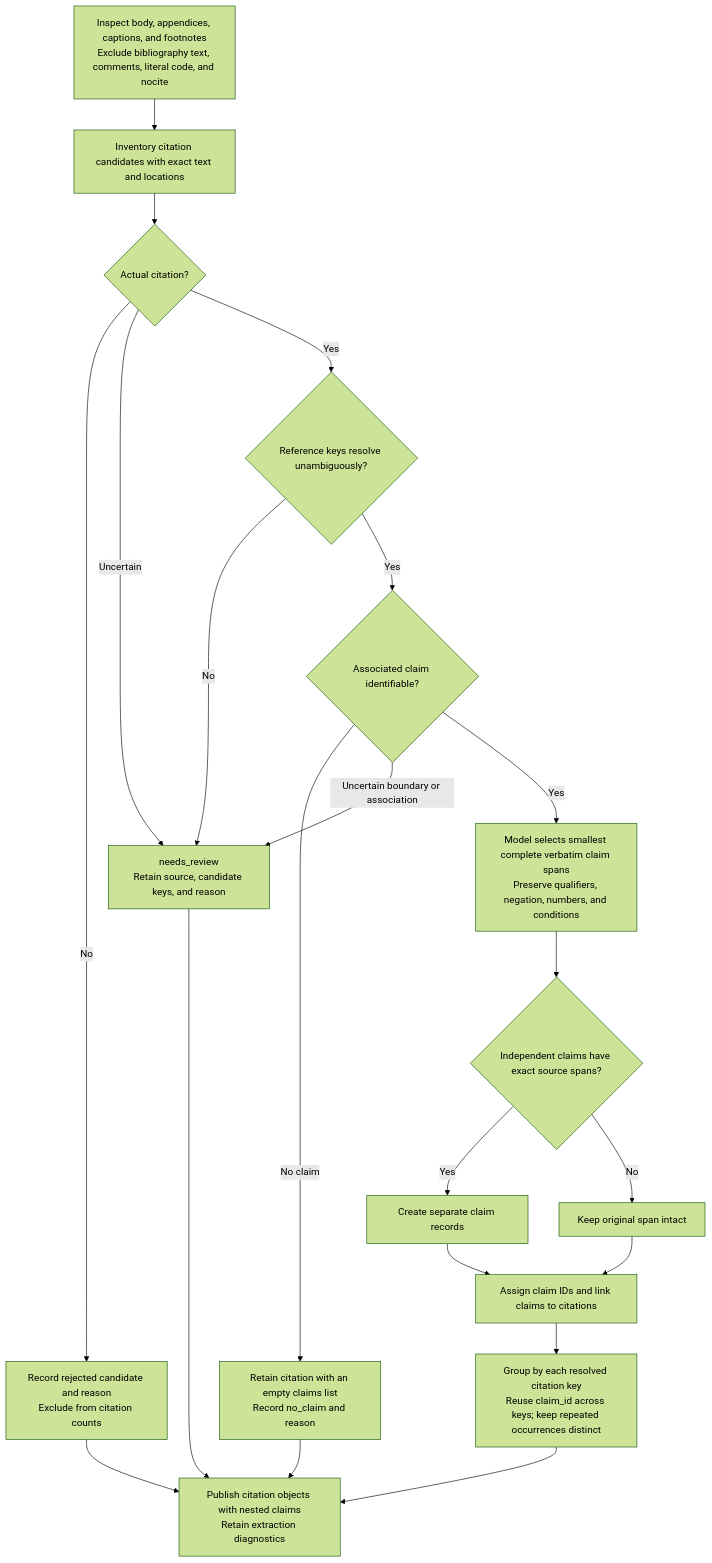
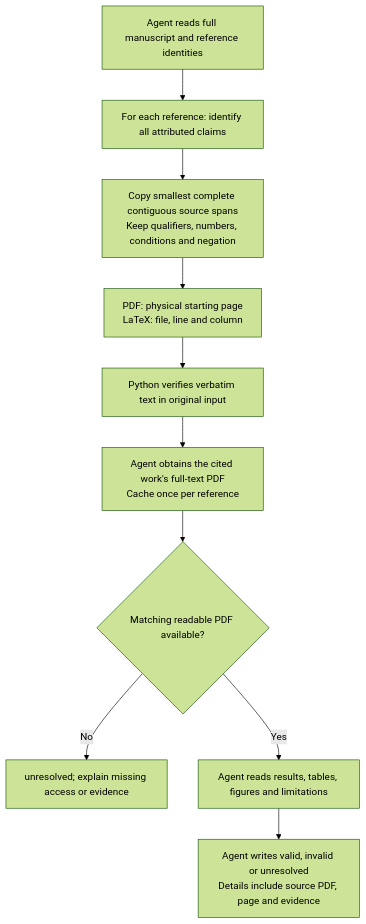
Before and after one commit to Am1n3e/sciskill: the second of 2 diagrams in SPEC-bib-claim-extraction.md, drawn with Mermaid (forest theme). The commit also changed other lines of this file and 21 other files, not shown here.

Commit message:
Make citation claim extraction and comparison skill-owned

````diff
--- a/SPEC-bib-claim-extraction.md
+++ b/SPEC-bib-claim-extraction.md
@@ -85,24 +69,12 @@
 ```mermaid
 flowchart TD
-    Scan["Inspect body, appendices, captions, and footnotes<br/>Exclude bibliography text, comments, literal code, and nocite"]
-    Scan --> Candidate["Inventory citation candidates with exact text and locations"]
-    Candidate --> Actual{"Actual citation?"}
-    Actual -->|No| NoCitation["Record rejected candidate and reason<br/>Exclude from citation counts"]
-    Actual -->|Uncertain| Review["needs_review<br/>Retain source, candidate keys, and reason"]
-    Actual -->|Yes| Keys{"Reference keys resolve unambiguously?"}
-    Keys -->|No| Review
-    Keys -->|Yes| Claims{"Associated claim identifiable?"}
-    Claims -->|No claim| NoClaim["Retain citation with an empty claims list<br/>Record no_claim and reason"]
-    Claims -->|Uncertain boundary or association| Review
-    Claims -->|Yes| Span["Model selects smallest complete verbatim claim spans<br/>Preserve qualifiers, negation, numbers, and conditions"]
-    Span --> Split{"Independent claims have exact source spans?"}
-    Split -->|Yes| Separate["Create separate claim records"]
-    Split -->|No| Intact["Keep original span intact"]
-    Separate --> Link["Assign claim IDs and link claims to citations"]
-    Intact --> Link
-    Link --> Group["Group by each resolved citation key<br/>Reuse claim_id across keys; keep repeated occurrences distinct"]
-    Group --> Inventory["Publish citation objects with nested claims<br/>Retain extraction diagnostics"]
-    NoCitation --> Inventory
-    NoClaim --> Inventory
-    Review --> Inventory
+    Read["Agent reads full manuscript and reference identities"] --> Claims["For each reference: identify all attributed claims"]
+    Claims --> Quote["Copy smallest complete contiguous source spans<br/>Keep qualifiers, numbers, conditions and negation"]
+    Quote --> Locations["PDF: physical starting page<br/>LaTeX: file, line and column"]
+    Locations --> Verify["Python verifies verbatim text in original input"]
+    Verify --> Fetch["Agent obtains the cited work's full-text PDF<br/>Cache once per reference"]
+    Fetch --> Access{"Matching readable PDF available?"}
+    Access -->|No| Unresolved["unresolved; explain missing access or evidence"]
+    Access -->|Yes| Evidence["Agent reads results, tables, figures and limitations"]
+    Evidence --> Verdict["Agent writes valid, invalid or unresolved<br/>Details include source PDF, page and evidence"]
 ```
````
